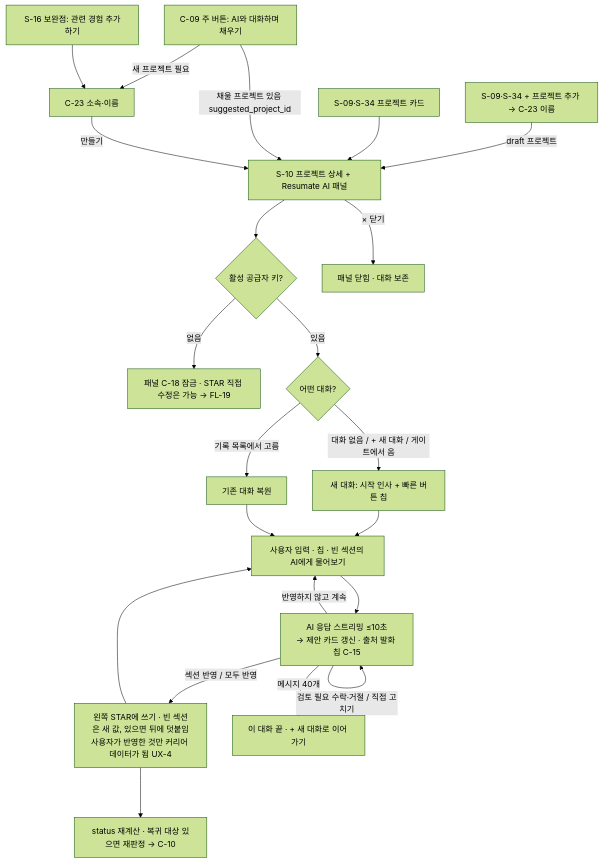
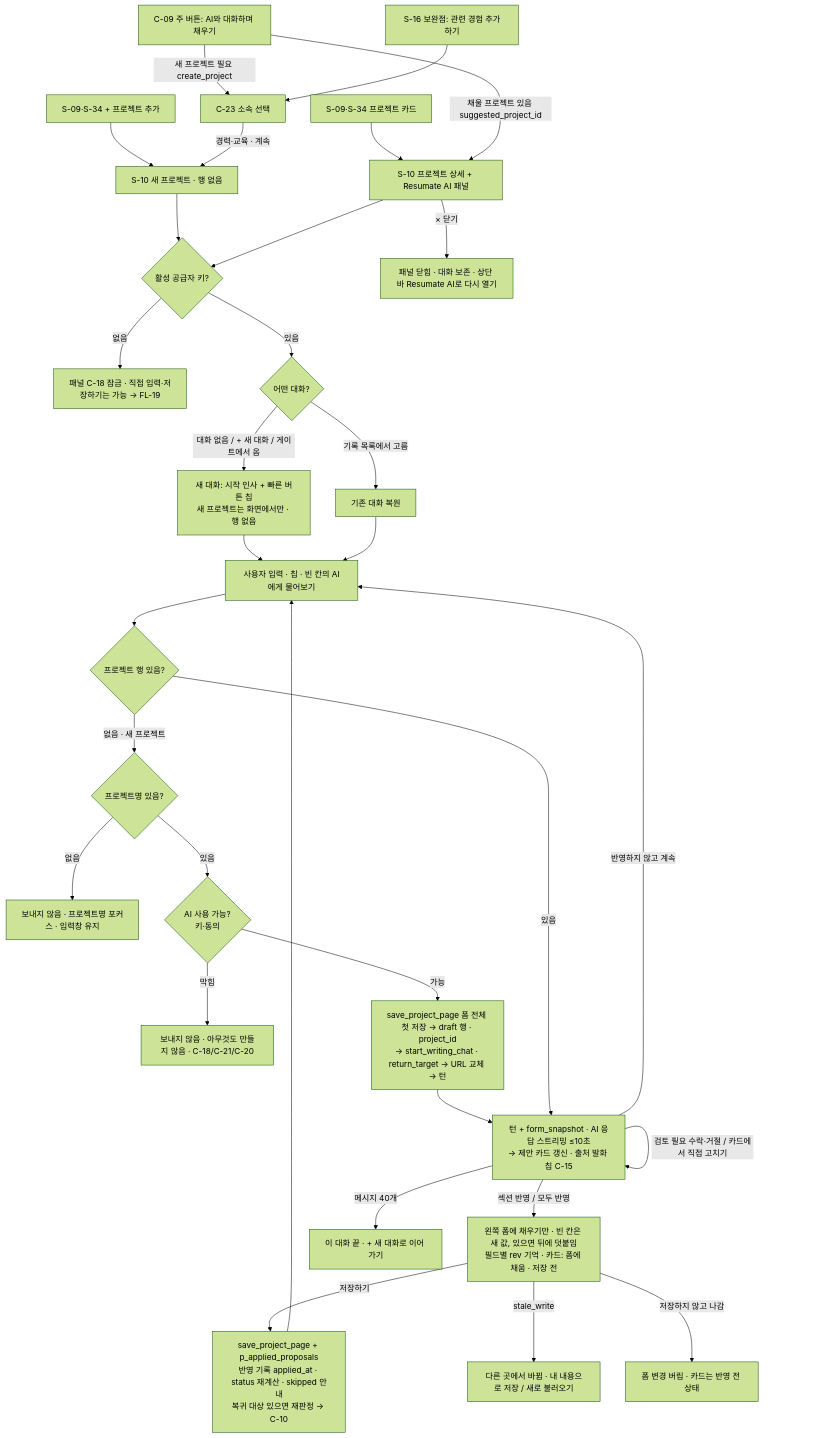
Before and after one commit to j-hyunn/resumate: the fourth of 21 diagrams in docs/planning/02-user-flows.md, drawn with Mermaid (forest theme). The commit also changed other lines of this file and 11 other files, not shown here.

````diff
--- a/docs/planning/02-user-flows.md
+++ b/docs/planning/02-user-flows.md
@@ -294,24 +321,34 @@
 ```mermaid
 flowchart TD
-  A1[S-09·S-34 + 프로젝트 추가 → C-23 이름] -->|draft 프로젝트| P
+  A1[S-09·S-34 + 프로젝트 추가] --> PN[S-10 새 프로젝트 · 행 없음]
   A2[S-09·S-34 프로젝트 카드] --> P
   A3[C-09 주 버튼: AI와 대화하며 채우기] -->|채울 프로젝트 있음 suggested_project_id| P
-  A3 -->|새 프로젝트 필요| C23[C-23 소속·이름]
+  A3 -->|새 프로젝트 필요 create_project| C23[C-23 소속 선택]
   A4[S-16 보완점: 관련 경험 추가하기] --> C23
-  C23 -->|만들기| P
+  C23 -->|경력·교육 · 계속| PN
+  PN --> K
   P[S-10 프로젝트 상세 + Resumate AI 패널] --> K{활성 공급자 키?}
-  K -->|없음| LK[패널 C-18 잠금 · STAR 직접 수정은 가능 → FL-19]
+  K -->|없음| LK[패널 C-18 잠금 · 직접 입력·저장하기는 가능 → FL-19]
   K -->|있음| H{어떤 대화?}
-  H -->|대화 없음 / + 새 대화 / 게이트에서 옴| S[새 대화: 시작 인사 + 빠른 버튼 칩]
+  H -->|대화 없음 / + 새 대화 / 게이트에서 옴| S[새 대화: 시작 인사 + 빠른 버튼 칩<br/>새 프로젝트는 화면에서만 · 행 없음]
   H -->|기록 목록에서 고름| R[기존 대화 복원]
-  S --> Q[사용자 입력 · 칩 · 빈 섹션의 AI에게 물어보기]
+  S --> Q[사용자 입력 · 칩 · 빈 칸의 AI에게 물어보기]
   R --> Q
-  Q --> U[AI 응답 스트리밍 ≤10초<br/>→ 제안 카드 갱신 · 출처 발화 칩 C-15]
-  U -->|섹션 반영 / 모두 반영| W[왼쪽 STAR에 쓰기 · 빈 섹션은 새 값, 있으면 뒤에 덧붙임<br/>사용자가 반영한 것만 커리어 데이터가 됨 UX-4]
-  U -->|검토 필요 수락·거절 / 직접 고치기| U
+  Q --> NP{프로젝트 행 있음?}
+  NP -->|없음 · 새 프로젝트| NM{프로젝트명 있음?}
+  NM -->|없음| NB[보내지 않음 · 프로젝트명 포커스 · 입력창 유지]
+  NM -->|있음| AV{AI 사용 가능?<br/>키·동의}
+  AV -->|막힘| NB2[보내지 않음 · 아무것도 만들지 않음 · C-18/C-21/C-20]
+  AV -->|가능| CR[save_project_page 폼 전체 첫 저장 → draft 행 · project_id<br/>→ start_writing_chat · return_target → URL 교체 → 턴]
+  CR --> U
+  NP -->|있음| U[턴 + form_snapshot · AI 응답 스트리밍 ≤10초<br/>→ 제안 카드 갱신 · 출처 발화 칩 C-15]
+  U -->|섹션 반영 / 모두 반영| W[왼쪽 폼에 채우기만 · 빈 칸은 새 값, 있으면 뒤에 덧붙임<br/>필드별 rev 기억 · 카드: 폼에 채움 · 저장 전]
+  W -->|저장하기| SV[save_project_page + p_applied_proposals<br/>반영 기록 applied_at · status 재계산 · skipped 안내<br/>복귀 대상 있으면 재판정 → C-10]
+  W -->|stale_write| ST[다른 곳에서 바뀜 · 내 내용으로 저장 / 새로 불러오기]
+  W -->|저장하지 않고 나감| DIS[폼 변경 버림 · 카드는 반영 전 상태]
+  U -->|검토 필요 수락·거절 / 카드에서 직접 고치기| U
   U -->|반영하지 않고 계속| Q
-  W --> RD[status 재계산 · 복귀 대상 있으면 재판정 → C-10]
-  W --> Q
+  SV --> Q
   U -->|메시지 40개| NN[이 대화 끝 · + 새 대화로 이어 가기]
-  P -->|× 닫기| CL[패널 닫힘 · 대화 보존]
+  P -->|× 닫기| CL[패널 닫힘 · 대화 보존 · 상단 바 Resumate AI로 다시 열기]
 ```
````
